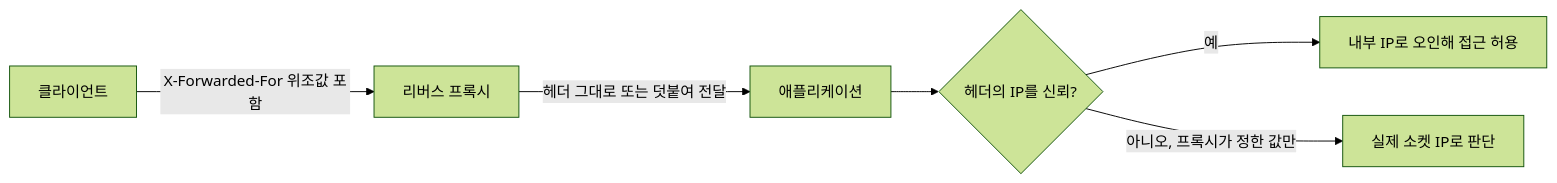
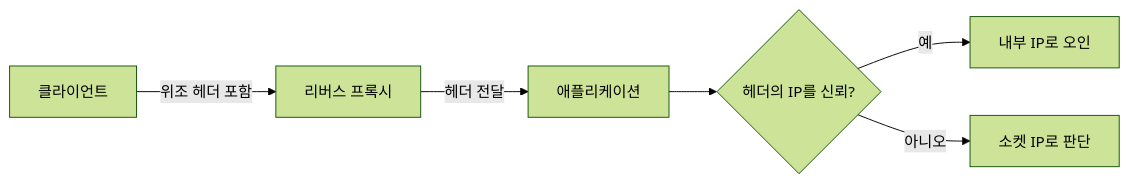
The diagram in _notes/reverse-proxy-trust-headers.md (logiciris/logiciris.github.io), drawn with Mermaid (forest theme) before and after one commit. The commit also changed other lines of this file and 28 other files, not shown here.

Commit message:
Notes batches 1-2: qa fixes (accuracy, links, mermaid labels)

````diff
--- a/_notes/reverse-proxy-trust-headers.md
+++ b/_notes/reverse-proxy-trust-headers.md
@@ -22,8 +22,8 @@
 ```mermaid
 flowchart LR
-    C["클라이언트"] -->|"X-Forwarded-For 위조값 포함"| P["리버스 프록시"]
-    P -->|"헤더 그대로 또는 덧붙여 전달"| A["애플리케이션"]
+    C["클라이언트"] -->|"위조 헤더 포함"| P["리버스 프록시"]
+    P -->|"헤더 전달"| A["애플리케이션"]
     A --> D{"헤더의 IP를 신뢰?"}
-    D -->|"예"| X["내부 IP로 오인해 접근 허용"]
-    D -->|"아니오, 프록시가 정한 값만"| S["실제 소켓 IP로 판단"]
+    D -->|"예"| X["내부 IP로 오인"]
+    D -->|"아니오"| S["소켓 IP로 판단"]
 ```
````
